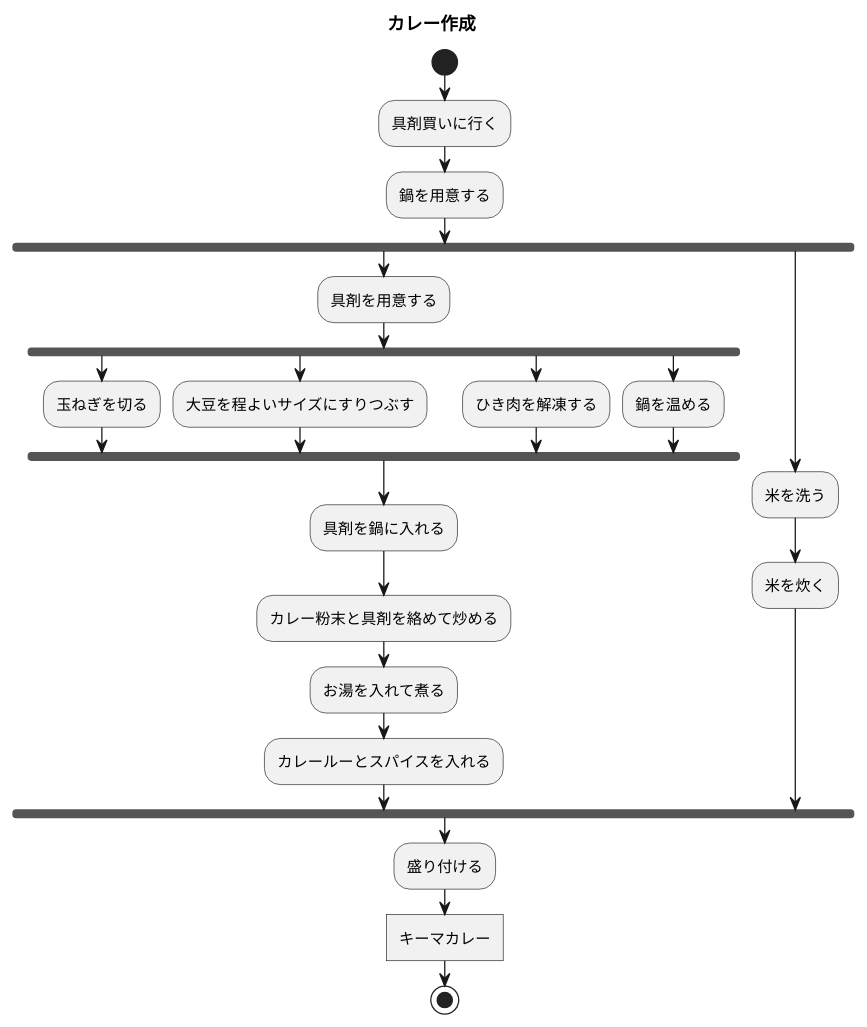
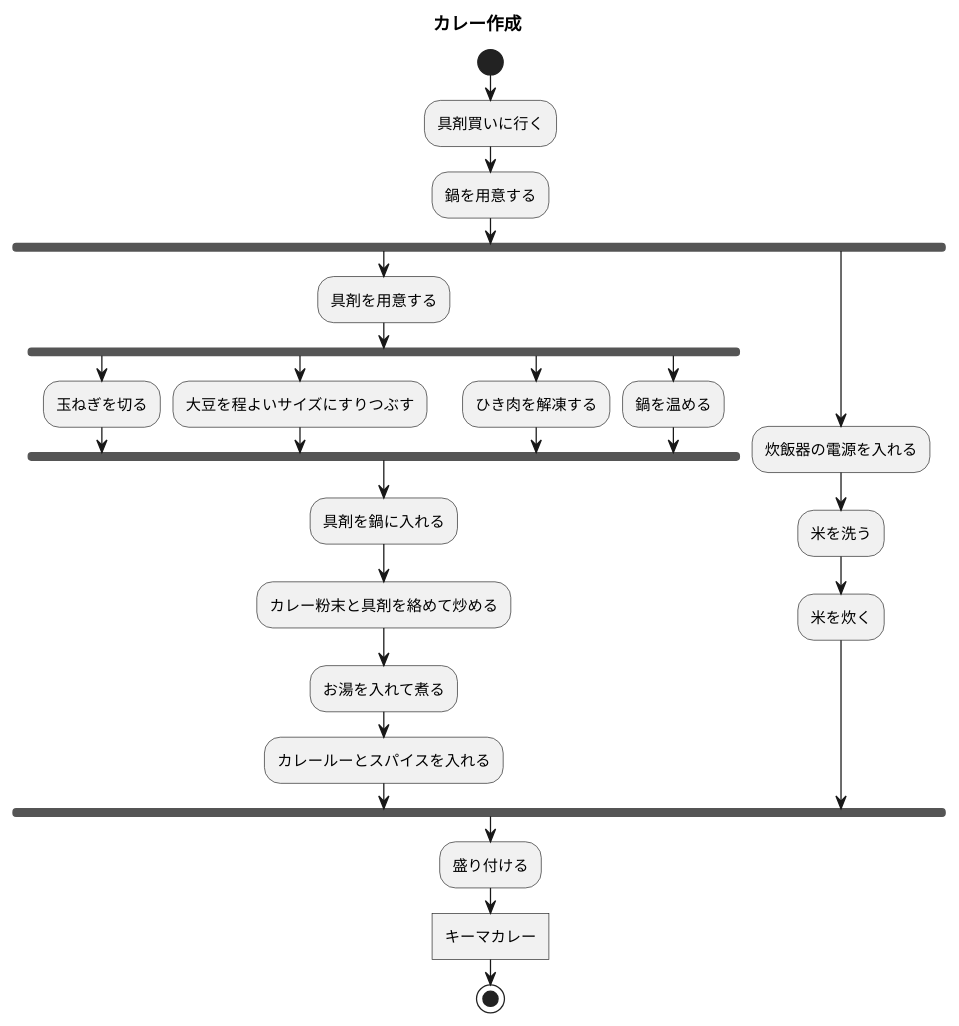
One commit to itouayumu/uml-introduction- changed the diagram in 7章練習_ACカレーライス.pu. Above: the diagram before and after it, drawn with PlantUML.

Commit message:
カレー

```diff
--- a/7章練習_ACカレーライス.pu
+++ b/7章練習_ACカレーライス.pu
@@ -1,29 +1,30 @@
 @startuml 並列処理
 title カレー作成
 start
 :具剤買いに行く;
 :鍋を用意する;
 fork
 :具剤を用意する;
 fork
 :玉ねぎを切る;
 fork again
 :大豆を程よいサイズにすりつぶす;
 fork again
 :ひき肉を解凍する;
 fork again
 :鍋を温める;
 end fork
 :具剤を鍋に入れる;
 :カレー粉末と具剤を絡めて炒める;
 :お湯を入れて煮る;
 :カレールーとスパイスを入れる;
 fork again
+:炊飯器の電源を入れる;
 :米を洗う;
 :米を炊く;
 
 end fork
 :盛り付ける;
 :キーマカレー]
 stop
 @enduml
```
